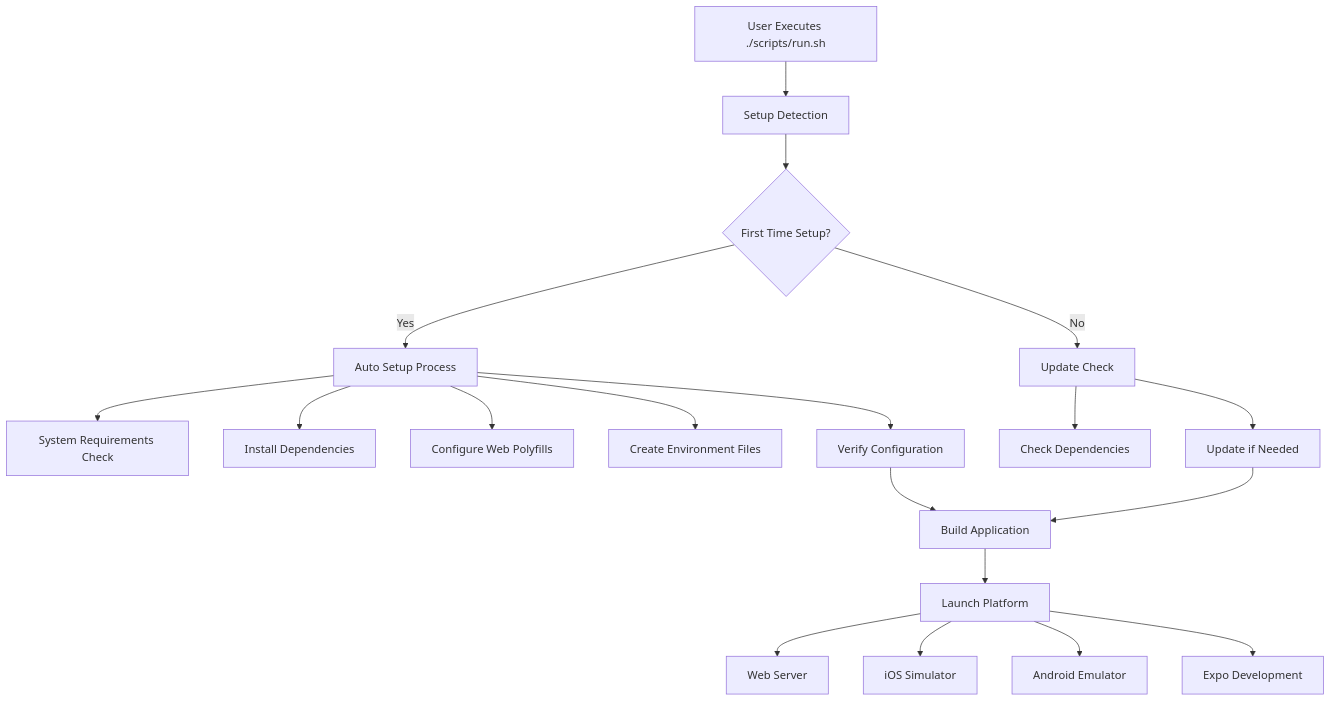
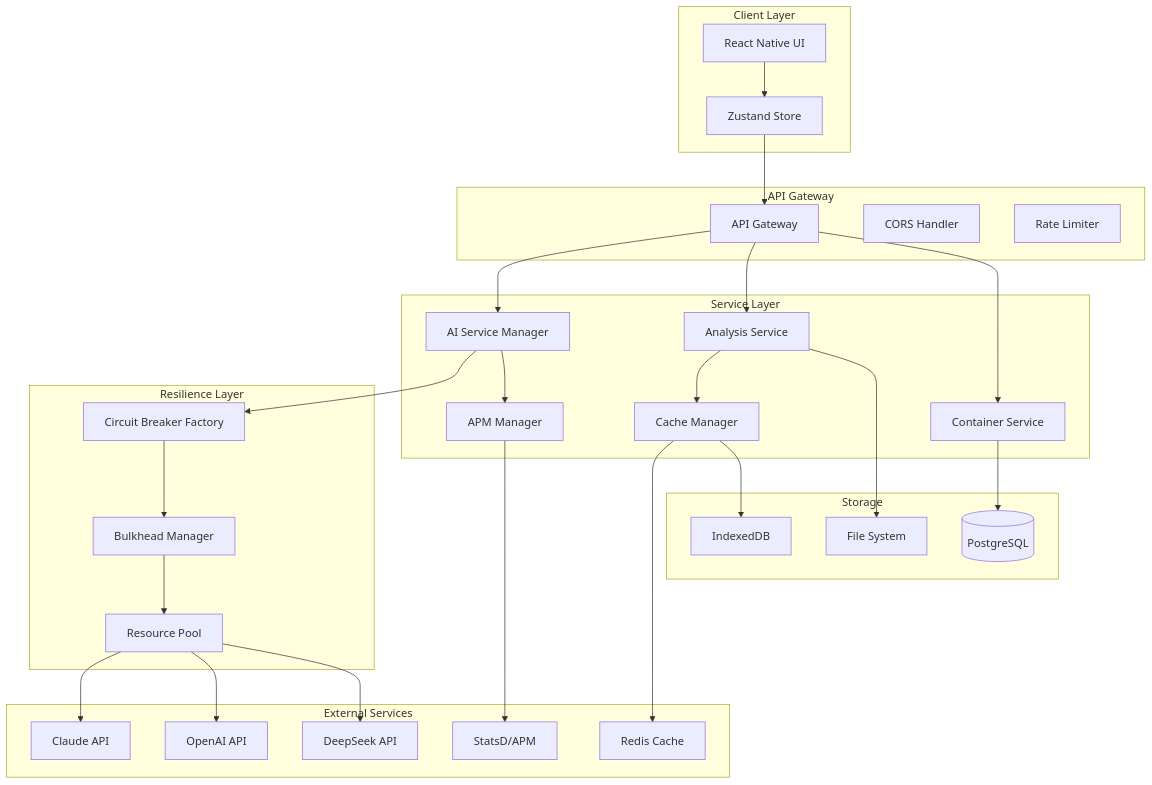
One commit to radicalkjax/Athena changed the first of 24 diagrams in docs/ARCHITECTURE.md. Above: the diagram before and after it, drawn with Mermaid. The commit also changed other lines of this file and 94 other files, not shown here.

````diff
--- a/docs/ARCHITECTURE.md
+++ b/docs/ARCHITECTURE.md
@@ -49,26 +38,65 @@
 ```mermaid
-flowchart TD
-    A[User Executes ./scripts/run.sh] --> B[Setup Detection]
-    B --> C{First Time Setup?}
+graph TB
+    subgraph "Client Layer"
+        UI[React Native UI]
+        Store[Zustand Store]
+    end
     
-    C -->|Yes| D[Auto Setup Process]
-    C -->|No| E[Update Check]
+    subgraph "API Gateway"
+        Gateway[API Gateway]
+        CORS[CORS Handler]
+        RateLimiter[Rate Limiter]
+    end
     
-    D --> D1[System Requirements Check]
-    D --> D2[Install Dependencies]
-    D --> D3[Configure Web Polyfills]
-    D --> D4[Create Environment Files]
-    D --> D5[Verify Configuration]
+    subgraph "Service Layer"
+        AIManager[AI Service Manager]
+        Analysis[Analysis Service]
+        Container[Container Service]
+        Cache[Cache Manager]
+        APM[APM Manager]
+    end
     
-    E --> E1[Check Dependencies]
-    E --> E2[Update if Needed]
+    subgraph "Resilience Layer"
+        CircuitBreaker[Circuit Breaker Factory]
+        Bulkhead[Bulkhead Manager]
+        Pool[Resource Pool]
+    end
     
-    D5 --> F[Build Application]
-    E2 --> F
+    subgraph "External Services"
+        Claude[Claude API]
+        OpenAI[OpenAI API]
+        DeepSeek[DeepSeek API]
+        Redis[Redis Cache]
+        StatsD[StatsD/APM]
+    end
     
-    F --> G[Launch Platform]
-    G --> G1[Web Server]
-    G --> G2[iOS Simulator]
-    G --> G3[Android Emulator]
-    G --> G4[Expo Development]
+    subgraph "Storage"
+        DB[(PostgreSQL)]
+        FileSystem[File System]
+        IndexedDB[IndexedDB]
+    end
+    
+    UI --> Store
+    Store --> Gateway
+    Gateway --> AIManager
+    Gateway --> Analysis
+    Gateway --> Container
+    
+    AIManager --> CircuitBreaker
+    CircuitBreaker --> Bulkhead
+    Bulkhead --> Pool
+    
+    Pool --> Claude
+    Pool --> OpenAI
+    Pool --> DeepSeek
+    
+    Analysis --> Cache
+    Cache --> Redis
+    Cache --> IndexedDB
+    
+    Container --> DB
+    Analysis --> FileSystem
+    
+    AIManager --> APM
+    APM --> StatsD
 ```
````
